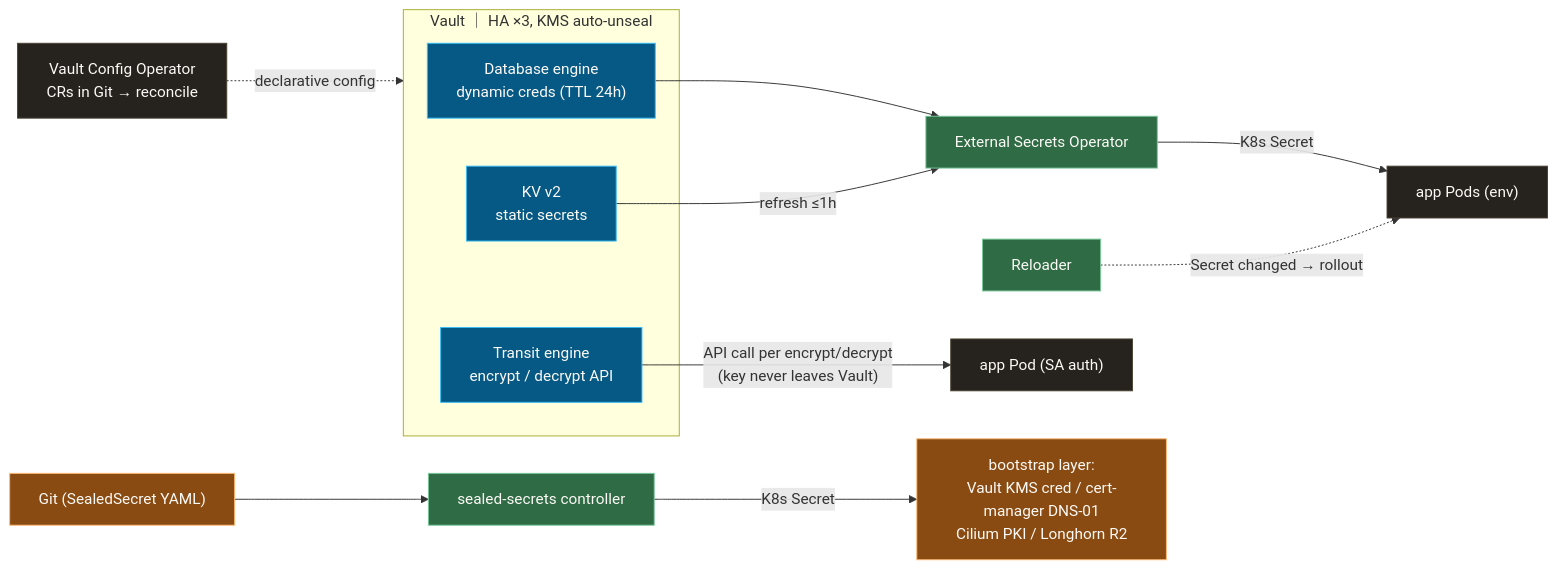
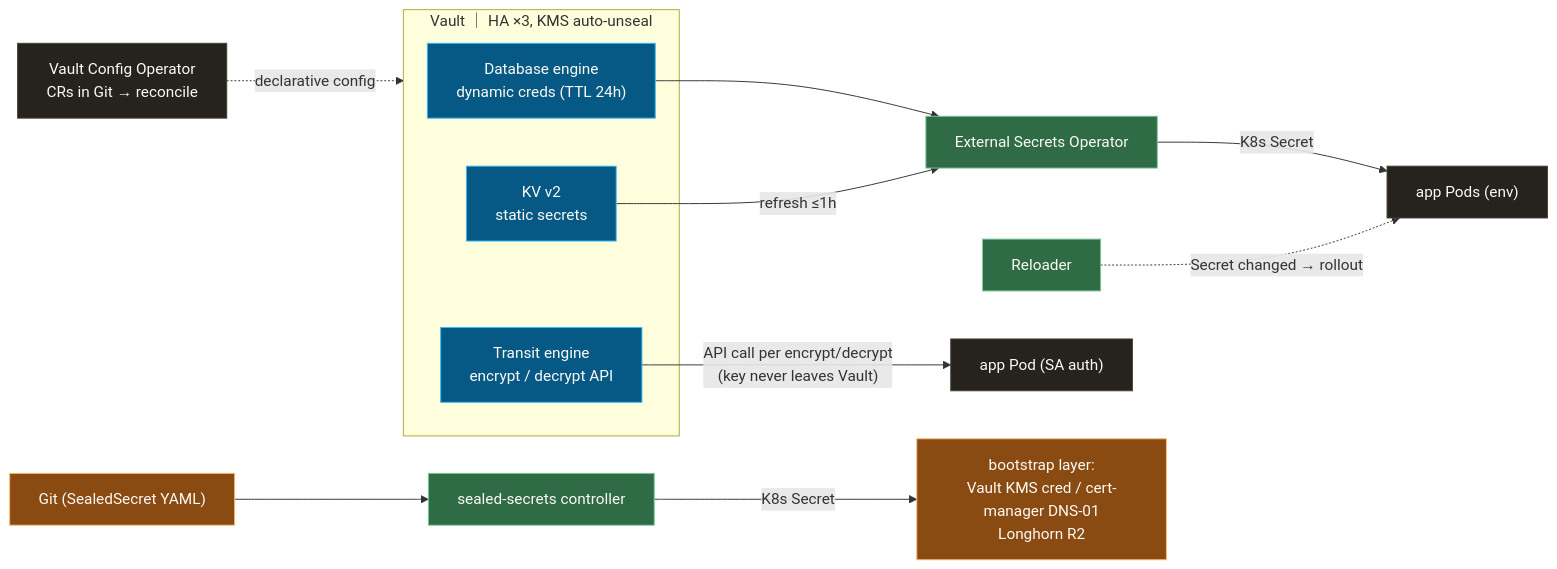
Before and after one commit to yu-min3/kensan-lab: the diagram in kubernetes/secrets/README.md, drawn with Mermaid. The commit also changed other lines of this file and 8 other files, not shown here.

````diff
--- a/kubernetes/secrets/README.md
+++ b/kubernetes/secrets/README.md
@@ -26,28 +26,28 @@
 ```mermaid
 %%{init: {"flowchart": {"htmlLabels": true}} }%%
 flowchart LR
     subgraph VAULT["Vault ｜ HA ×3, KMS auto-unseal"]
         DBE["Database engine<br/>dynamic creds (TTL 24h)"]
         KV["KV v2<br/>static secrets"]
         TR["Transit engine<br/>encrypt / decrypt API"]
     end
     VCO["Vault Config Operator<br/>CRs in Git → reconcile"] -.->|declarative config| VAULT
 
     ESO["External Secrets Operator"]
     DBE --> ESO
     KV -->|refresh ≤1h| ESO
     ESO -->|K8s Secret| POD["app Pods (env)"]
     REL["Reloader"] -.->|Secret changed → rollout| POD
     TR -->|"API call per encrypt/decrypt<br/>(key never leaves Vault)"| APP["app Pod (SA auth)"]
 
     GIT["Git (SealedSecret YAML)"] --> SSC["sealed-secrets controller"]
-    SSC -->|K8s Secret| BOOT["bootstrap layer:<br/>Vault KMS cred / cert-manager DNS-01<br/>Cilium PKI / Longhorn R2"]
+    SSC -->|K8s Secret| BOOT["bootstrap layer:<br/>Vault KMS cred / cert-manager DNS-01<br/>Longhorn R2"]
 
     classDef default fill:#26221D,stroke:#4A4232,color:#FCFAF6
     classDef vault fill:#075985,stroke:#38BDF8,color:#FCFAF6
     classDef bridge fill:#2F6B45,stroke:#7AC99A,color:#FCFAF6
     classDef boot fill:#8A4B12,stroke:#FDBA74,color:#FCFAF6
     class DBE,KV,TR vault
     class ESO,REL,SSC bridge
     class GIT,BOOT boot
 ```
````
